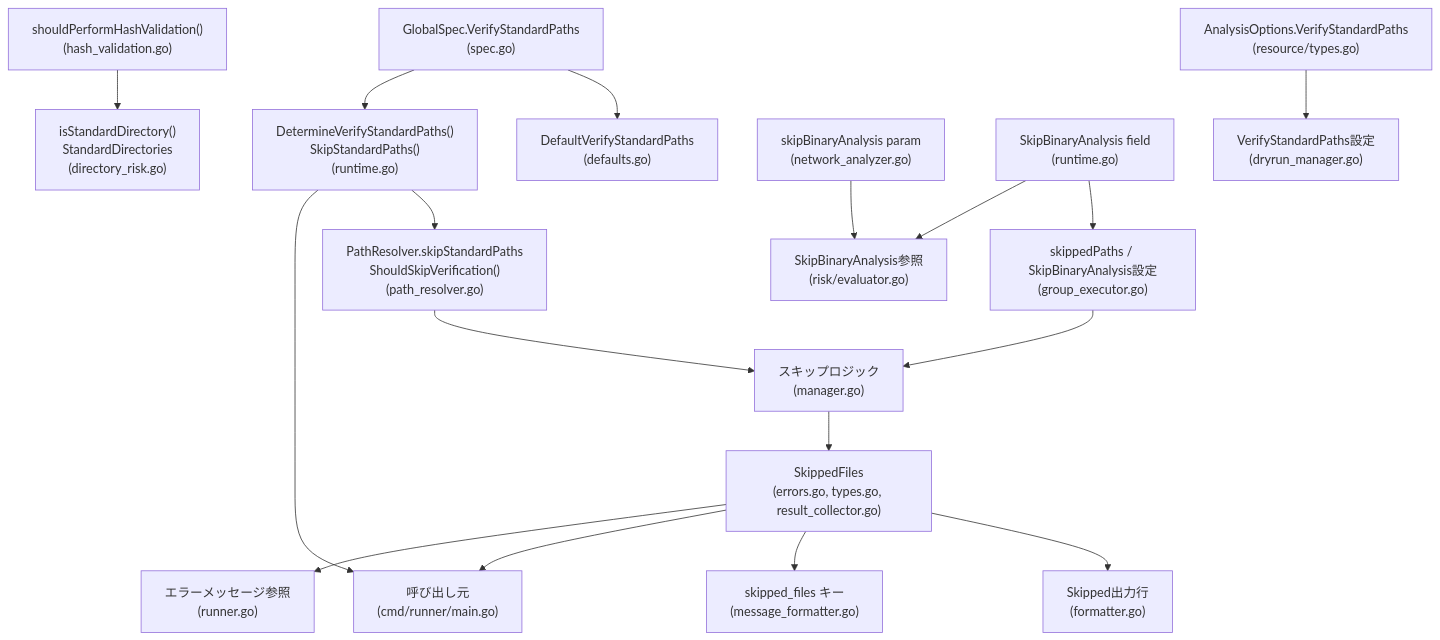
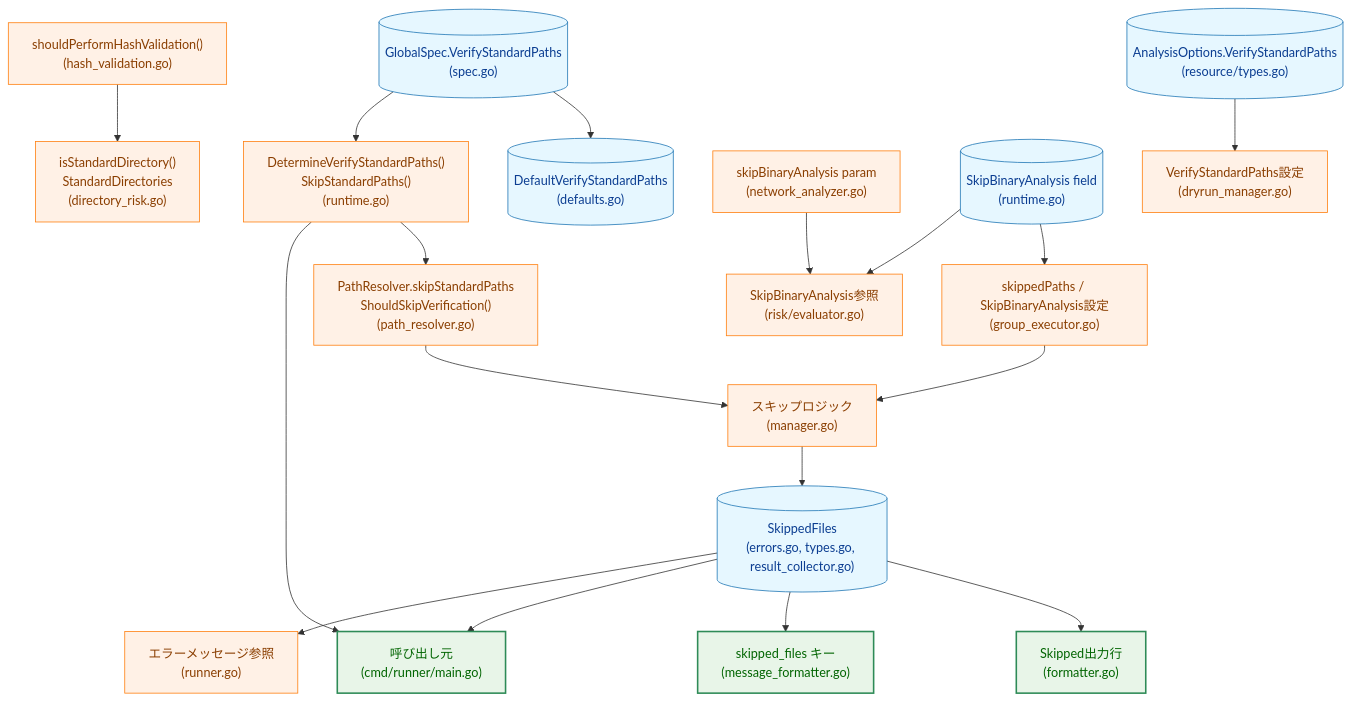
One commit to isseis/go-safe-cmd-runner changed the first of 4 diagrams in docs/tasks/0087_remove_verify_standard_paths/04_implementation_plan.md. Above: the diagram before and after it, drawn with Mermaid. The commit also changed other lines of this file, not shown here.

Commit message:
docs: apply consistent Mermaid classDef styles and legends to task 0087 diagrams

````diff
--- a/docs/tasks/0087_remove_verify_standard_paths/04_implementation_plan.md
+++ b/docs/tasks/0087_remove_verify_standard_paths/04_implementation_plan.md
@@ -19,38 +19,46 @@
 ```mermaid
 flowchart TD
-    A["GlobalSpec.VerifyStandardPaths<br>(spec.go)"]
-    B["DefaultVerifyStandardPaths<br>(defaults.go)"]
+    classDef data fill:#e6f7ff,stroke:#1f77b4,stroke-width:1px,color:#0b3d91;
+    classDef process fill:#fff1e6,stroke:#ff7f0e,stroke-width:1px,color:#8a3e00;
+    classDef enhanced fill:#e8f5e8,stroke:#2e8b57,stroke-width:2px,color:#006400;
+
+    A[("GlobalSpec.VerifyStandardPaths<br>(spec.go)")]
+    B[("DefaultVerifyStandardPaths<br>(defaults.go)")]
     C["DetermineVerifyStandardPaths()<br>SkipStandardPaths()<br>(runtime.go)"]
-    D["AnalysisOptions.VerifyStandardPaths<br>(resource/types.go)"]
+    D[("AnalysisOptions.VerifyStandardPaths<br>(resource/types.go)")]
     E["shouldPerformHashValidation()<br>(hash_validation.go)"]
     F["isStandardDirectory()<br>StandardDirectories<br>(directory_risk.go)"]
     G["skipBinaryAnalysis param<br>(network_analyzer.go)"]
-    H["SkipBinaryAnalysis field<br>(runtime.go)"]
+    H[("SkipBinaryAnalysis field<br>(runtime.go)")]
     I["PathResolver.skipStandardPaths<br>ShouldSkipVerification()<br>(path_resolver.go)"]
     J["スキップロジック<br>(manager.go)"]
-    K["SkippedFiles<br>(errors.go, types.go, result_collector.go)"]
+    K[("SkippedFiles<br>(errors.go, types.go, result_collector.go)")]
     L["skippedPaths / SkipBinaryAnalysis設定<br>(group_executor.go)"]
     M["SkipBinaryAnalysis参照<br>(risk/evaluator.go)"]
     N["Skipped出力行<br>(formatter.go)"]
     O["skipped_files キー<br>(message_formatter.go)"]
     P["呼び出し元<br>(cmd/runner/main.go)"]
     Q["エラーメッセージ参照<br>(runner.go)"]
     R["VerifyStandardPaths設定<br>(dryrun_manager.go)"]
 
     A --> B
     A --> C
     C --> I
     C --> P
     D --> R
     E --> F
     G --> M
     H --> L
     H --> M
     I --> J
     J --> K
     K --> N
     K --> O
     K --> P
     K --> Q
     L --> J
+
+    class A,B,D,H,K data;
+    class C,E,F,G,I,J,L,M,Q,R process;
+    class N,O,P enhanced;
 ```
````
